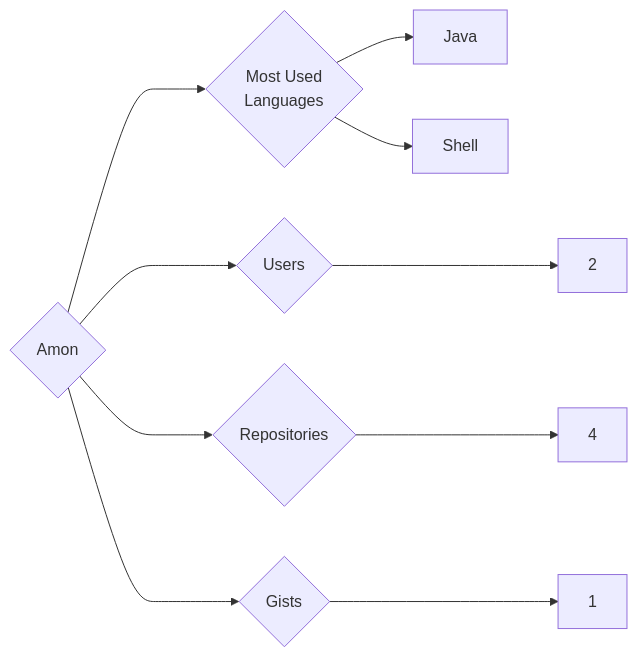
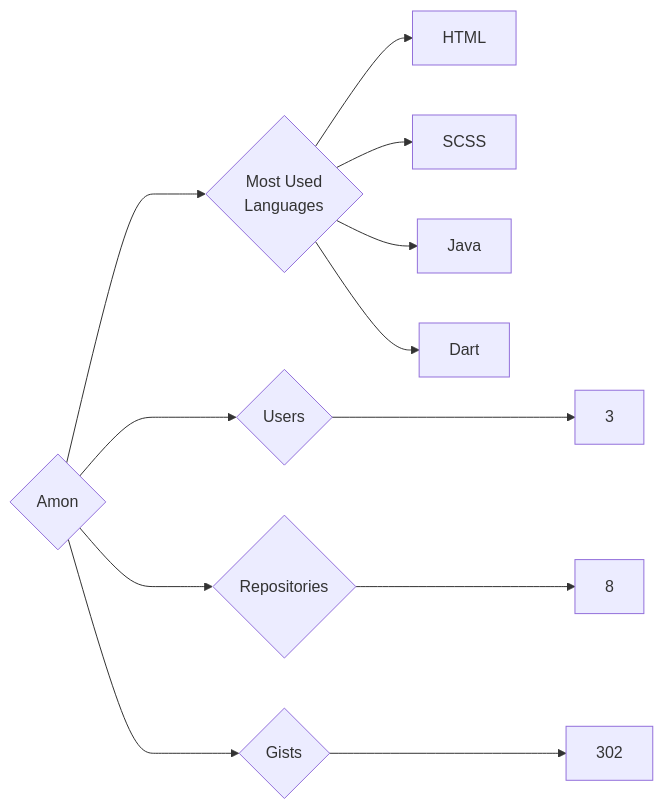
The diagram in targets/Amon/README.md (trickest/insiders), drawn with Mermaid before and after one commit. The commit also changed 1195 other files, not shown here.

````diff
--- a/targets/Amon/README.md
+++ b/targets/Amon/README.md
@@ -3,10 +3,12 @@
 ```mermaid
 graph LR
 COMPANY_NAME{Amon}
-COMPANY_NAME ---> U{Users} ---> UN[2]
-COMPANY_NAME ---> R{Repositories} ---> RN[4]
-COMPANY_NAME ---> G{Gists} ---> GN[1]
+COMPANY_NAME ---> U{Users} ---> UN[3]
+COMPANY_NAME ---> R{Repositories} ---> RN[8]
+COMPANY_NAME ---> G{Gists} ---> GN[302]
 COMPANY_NAME ---> ML{Most Used<br>Languages}
+ML --> HTML[HTML]
+ML --> SCSS[SCSS]
 ML --> Java[Java]
-ML --> Shell[Shell]
+ML --> Dart[Dart]
 ```
````
